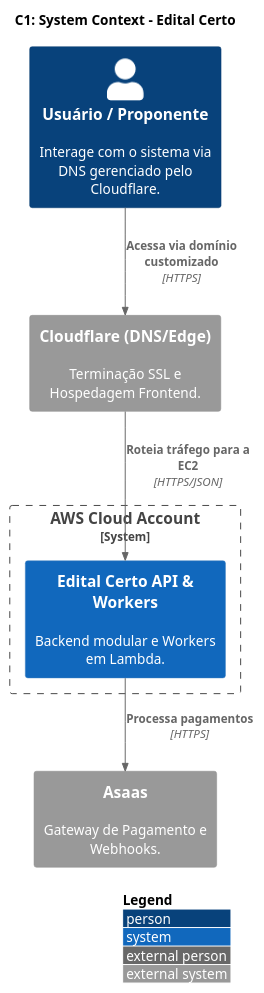
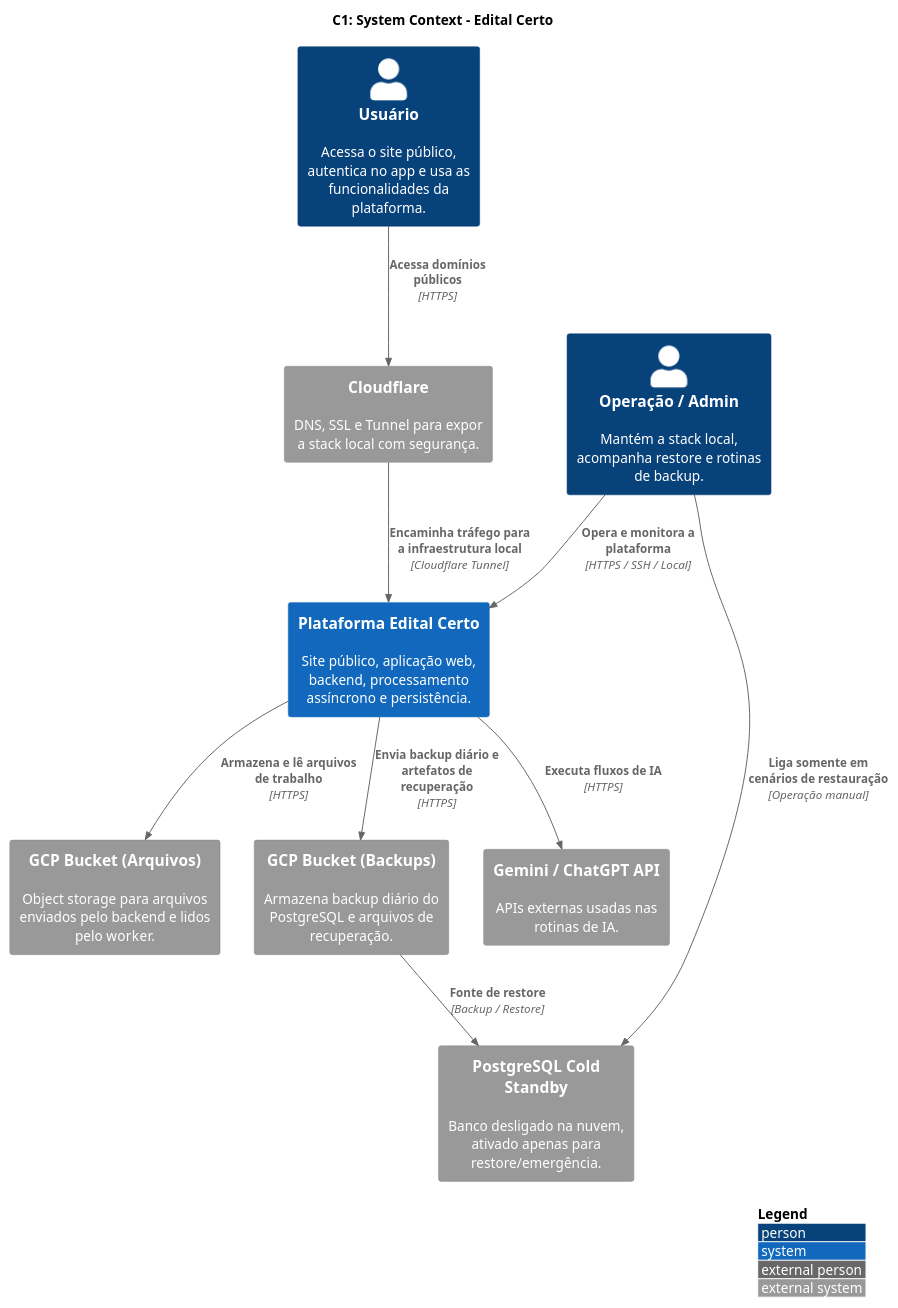
The diagram in docs/architecture/c1_context.puml (matheus-aloisio-lehnen/edital-certo-backend), drawn with PlantUML before and after one commit. The commit also changed 188 other files, not shown here.

```diff
--- a/docs/architecture/c1_context.puml
+++ b/docs/architecture/c1_context.puml
@@ -1,20 +1,30 @@
 @startuml
 !include https://raw.githubusercontent.com/plantuml-stdlib/C4-PlantUML/master/C4_Context.puml
 
 LAYOUT_WITH_LEGEND()
 
 title "C1: System Context - Edital Certo"
 
-Person(user, "Usuário / Proponente", "Interage com o sistema via DNS gerenciado pelo Cloudflare.")
+Person(user, "Usuário", "Acessa o site público, autentica no app e usa as funcionalidades da plataforma.")
+Person(ops, "Operação / Admin", "Mantém a stack local, acompanha restore e rotinas de backup.")
 
-System_Boundary(aws_cloud, "AWS Cloud Account") {
-    System(api_system, "Edital Certo API & Workers", "Backend modular e Workers em Lambda.")
-}
+System(system, "Plataforma Edital Certo", "Site público, aplicação web, backend, processamento assíncrono e persistência.")
 
-System_Ext(cloudflare, "Cloudflare (DNS/Edge)", "Terminação SSL e Hospedagem Frontend.")
-System_Ext(asaas, "Asaas", "Gateway de Pagamento e Webhooks.")
+System_Ext(cloudflare, "Cloudflare", "DNS, SSL e Tunnel para expor a stack local com segurança.")
+System_Ext(gcp_files, "GCP Bucket (Arquivos)", "Object storage para arquivos enviados pelo backend e lidos pelo worker.")
+System_Ext(gcp_backup, "GCP Bucket (Backups)", "Armazena backup diário do PostgreSQL e arquivos de recuperação.")
+System_Ext(ai_api, "Gemini / ChatGPT API", "APIs externas usadas nas rotinas de IA.")
+System_Ext(cold_db, "PostgreSQL Cold Standby", "Banco desligado na nuvem, ativado apenas para restore/emergência.")
 
-Rel(user, cloudflare, "Acessa via domínio customizado", "HTTPS")
-Rel(cloudflare, api_system, "Roteia tráfego para a EC2", "HTTPS/JSON")
-Rel(api_system, asaas, "Processa pagamentos", "HTTPS")
+Rel(user, cloudflare, "Acessa domínios públicos", "HTTPS")
+Rel(cloudflare, system, "Encaminha tráfego para a infraestrutura local", "Cloudflare Tunnel")
+
+Rel(system, gcp_files, "Armazena e lê arquivos de trabalho", "HTTPS")
+Rel(system, ai_api, "Executa fluxos de IA", "HTTPS")
+Rel(system, gcp_backup, "Envia backup diário e artefatos de recuperação", "HTTPS")
+
+Rel(ops, system, "Opera e monitora a plataforma", "HTTPS / SSH / Local")
+Rel(ops, cold_db, "Liga somente em cenários de restauração", "Operação manual")
+Rel(gcp_backup, cold_db, "Fonte de restore", "Backup / Restore")
+
 @enduml
```
